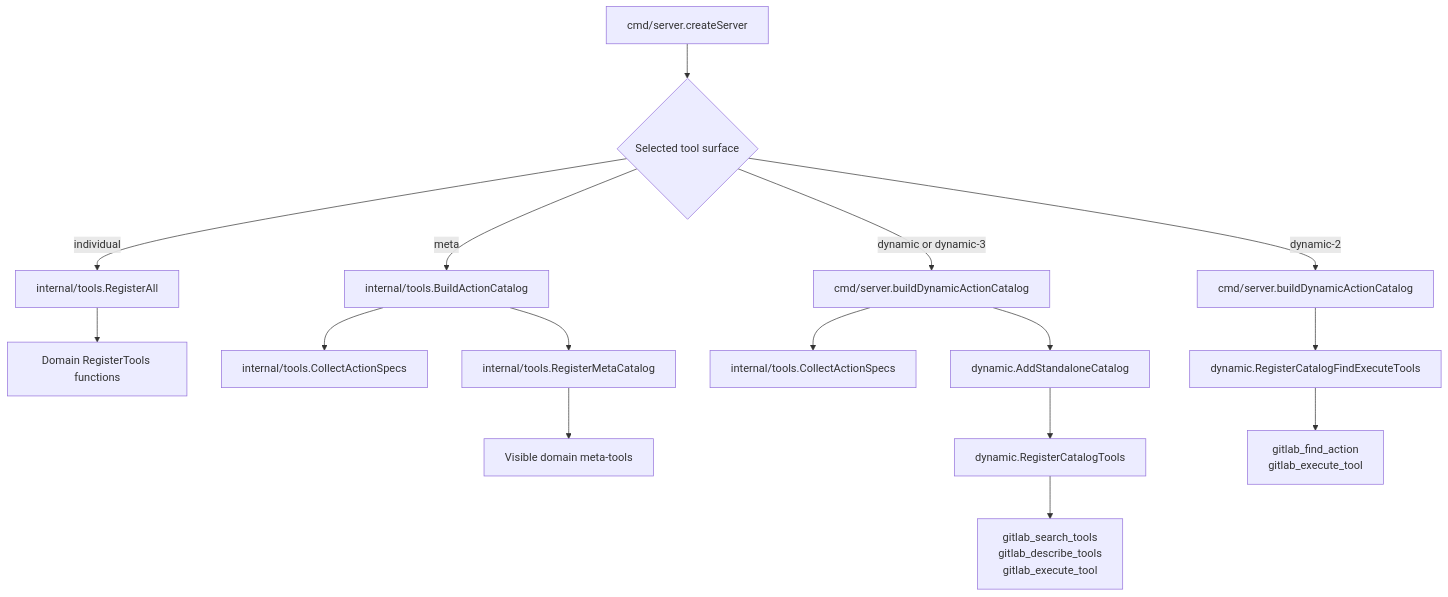
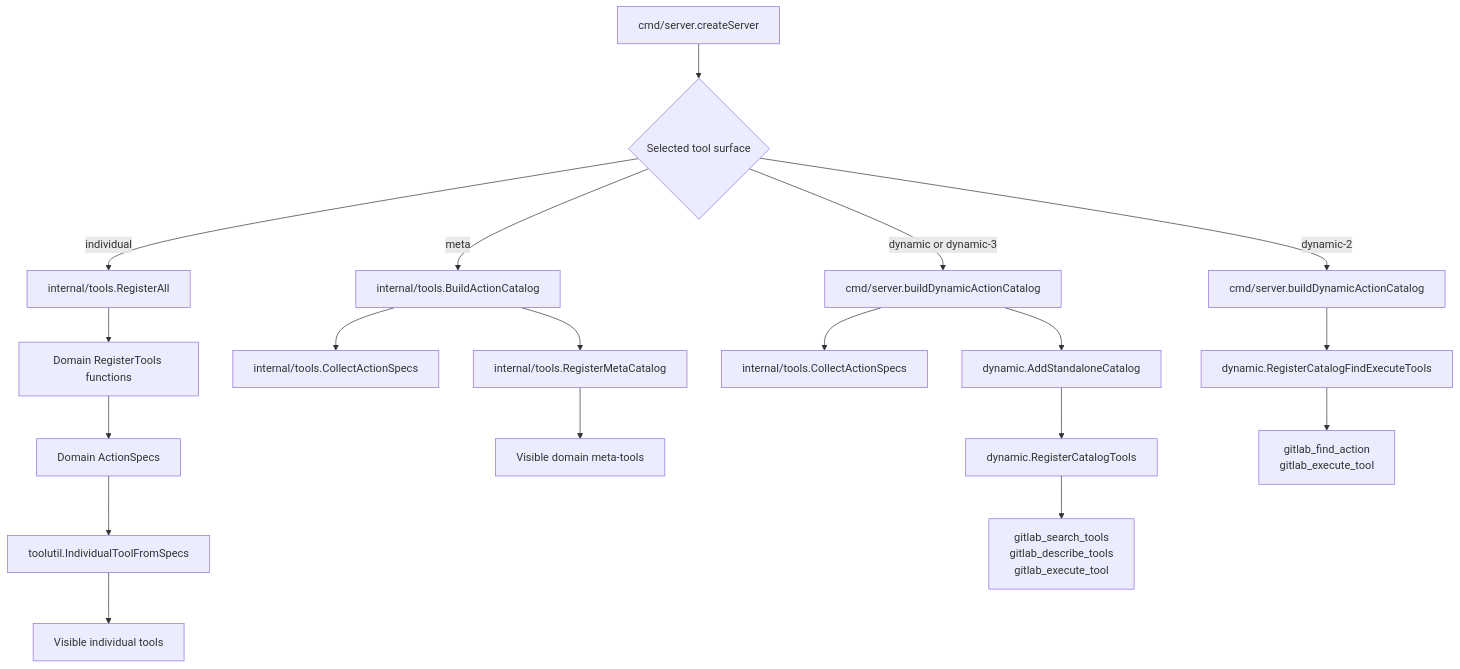
The second of 2 diagrams in docs/development/tool-surfaces-and-action-core.md (jmrplens/gitlab-mcp-server), drawn with Mermaid before and after one commit. The commit also changed other lines of this file and 238 other files, not shown here.

First line of the commit message:
Complete ActionSpec individual metadata migration

````diff
--- a/docs/development/tool-surfaces-and-action-core.md
+++ b/docs/development/tool-surfaces-and-action-core.md
@@ -82,25 +97,28 @@
 ```mermaid
 flowchart TD
     server[cmd/server.createServer]
     selector{Selected tool surface}
 
     server --> selector
 
     selector -->|individual| registerAll[internal/tools.RegisterAll]
     registerAll --> domainTools[Domain RegisterTools functions]
+    domainTools --> individualSpecs[Domain ActionSpecs]
+    individualSpecs --> individualProjection[toolutil.IndividualToolFromSpecs]
+    individualProjection --> visibleIndividual[Visible individual tools]
 
     selector -->|meta| buildMeta[internal/tools.BuildActionCatalog]
     buildMeta --> collectSpecs[internal/tools.CollectActionSpecs]
     buildMeta --> registerMeta[internal/tools.RegisterMetaCatalog]
     registerMeta --> metaTools[Visible domain meta-tools]
 
     selector -->|dynamic or dynamic-3| buildDynamic[cmd/server.buildDynamicActionCatalog]
     buildDynamic --> collectDynamicSpecs[internal/tools.CollectActionSpecs]
     buildDynamic --> standalone[dynamic.AddStandaloneCatalog]
     standalone --> dynamic3[dynamic.RegisterCatalogTools]
     dynamic3 --> threeTools[gitlab_search_tools\ngitlab_describe_tools\ngitlab_execute_tool]
 
     selector -->|dynamic-2| buildDynamic2[cmd/server.buildDynamicActionCatalog]
     buildDynamic2 --> dynamic2[dynamic.RegisterCatalogFindExecuteTools]
     dynamic2 --> twoTools[gitlab_find_action\ngitlab_execute_tool]
 ```
````
